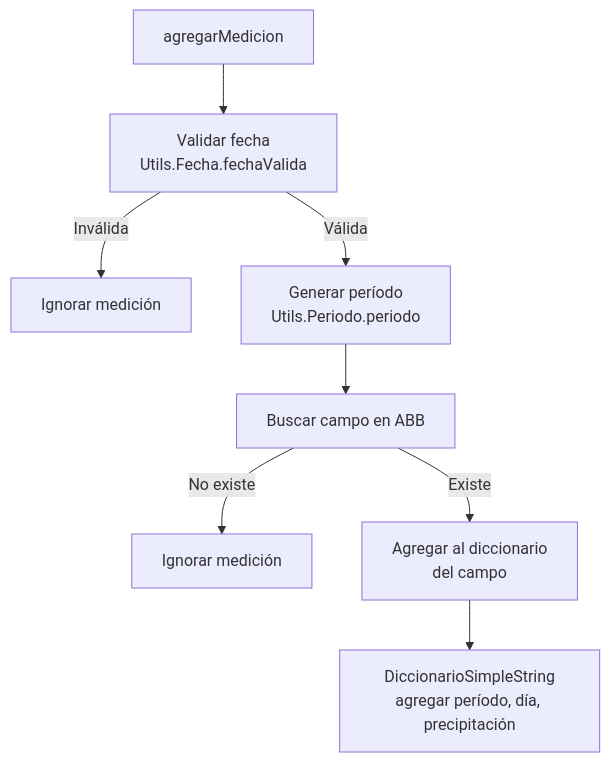
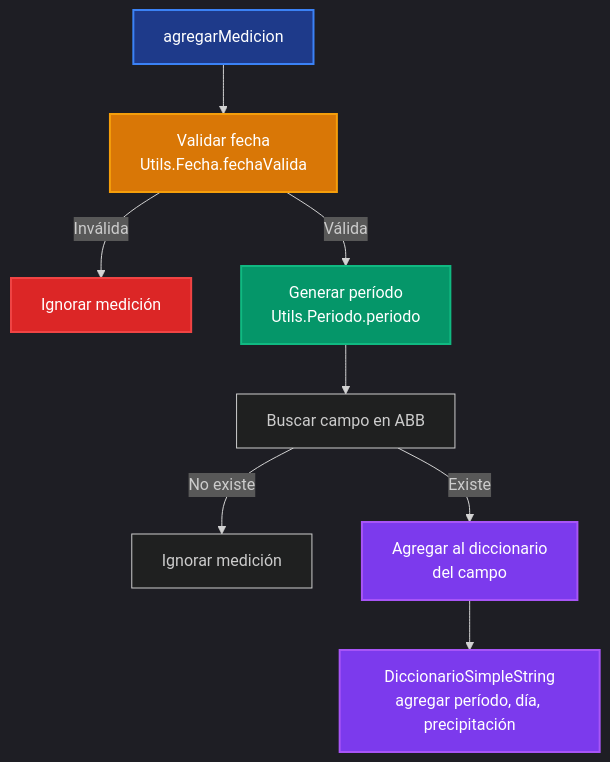
Before and after one commit to pybalt/algo2: the fourth of 19 diagrams in tp-final/README_IMPLEMENTACIONES.md, drawn with Mermaid. The commit also changed other lines of this file, not shown here.

Commit message:
Enhance README_IMPLEMENTACIONES.md by adding dark mode support for mermaid diagrams and improving style consistency across sections.

````diff
--- a/tp-final/README_IMPLEMENTACIONES.md
+++ b/tp-final/README_IMPLEMENTACIONES.md
@@ -97,11 +97,19 @@
 ```mermaid
+%%{init: {'theme':'dark'}}%%
 flowchart TD
     A[agregarMedicion] --> B[Validar fecha<br/>Utils.Fecha.fechaValida]
     B -->|Inválida| C[Ignorar medición]
     B -->|Válida| D[Generar período<br/>Utils.Periodo.periodo]
     D --> E[Buscar campo en ABB]
     E -->|No existe| F[Ignorar medición]
     E -->|Existe| G[Agregar al diccionario<br/>del campo]
     
     G --> H[DiccionarioSimpleString<br/>agregar período, día, precipitación]
+    
+    style A fill:#1e3a8a,stroke:#3b82f6,stroke-width:2px,color:#fff
+    style B fill:#d97706,stroke:#f59e0b,stroke-width:2px,color:#fff
+    style C fill:#dc2626,stroke:#ef4444,stroke-width:2px,color:#fff
+    style D fill:#059669,stroke:#10b981,stroke-width:2px,color:#fff
+    style G fill:#7c3aed,stroke:#a855f7,stroke-width:2px,color:#fff
+    style H fill:#7c3aed,stroke:#a855f7,stroke-width:2px,color:#fff
 ```
````
